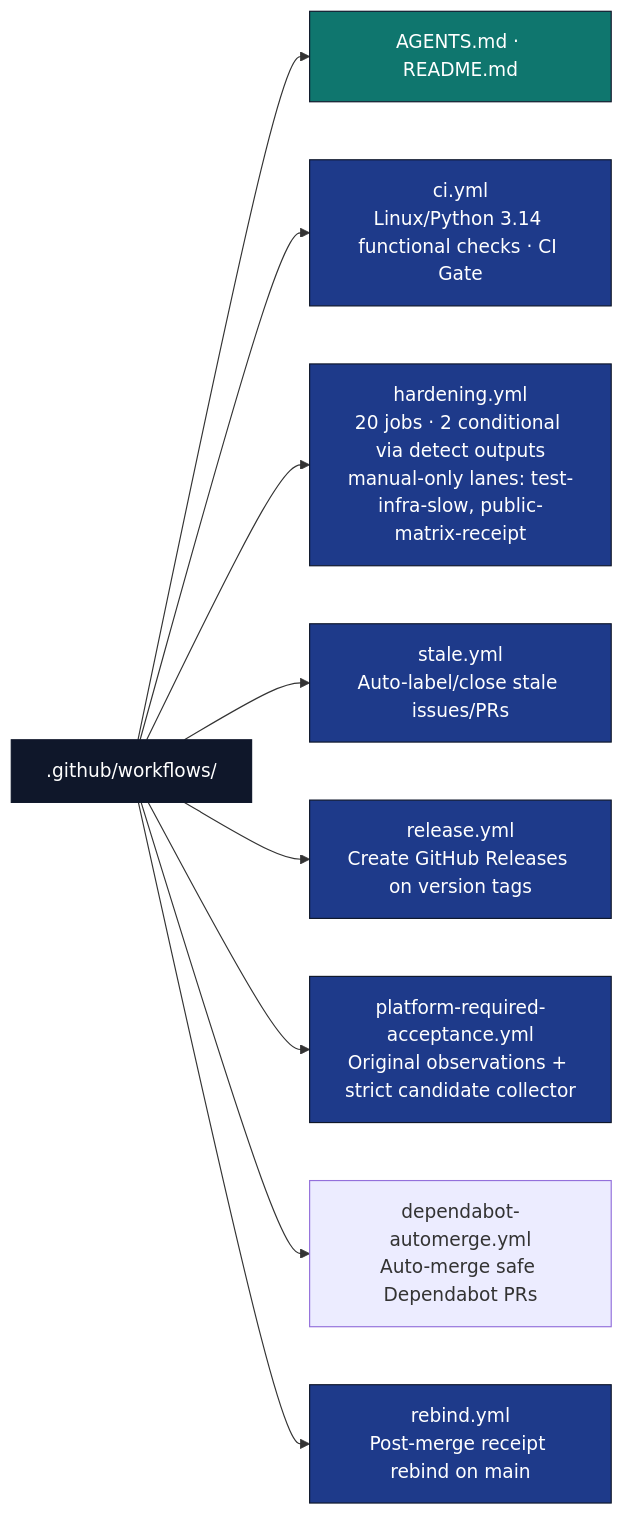
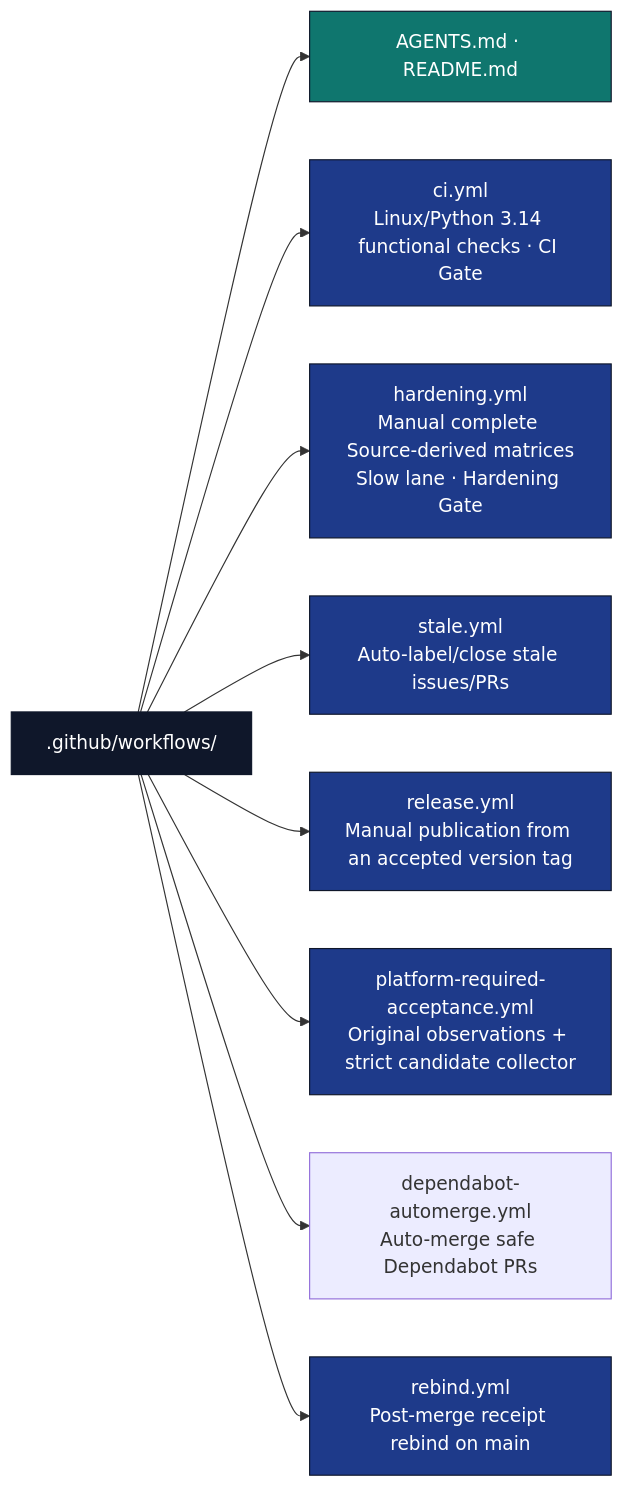
Before and after one commit to docxology/template: the first of 2 diagrams in .github/workflows/AGENTS.md, drawn with Mermaid. The commit also changed other lines of this file and 19 other files, not shown here.

````diff
--- a/.github/workflows/AGENTS.md
+++ b/.github/workflows/AGENTS.md
@@ -48,19 +48,19 @@
 ```mermaid
 flowchart LR
     W[.github/workflows/]
     W --> META[AGENTS.md · README.md]
     W --> FAST[ci.yml<br/>Linux/Python 3.14 functional checks · CI Gate]
-    W --> CI[hardening.yml<br/>20 jobs · 2 conditional via detect outputs<br/>manual-only lanes: test-infra-slow, public-matrix-receipt]
+    W --> CI[hardening.yml<br/>Manual complete Source-derived matrices<br/>Slow lane · Hardening Gate]
     W --> STALE[stale.yml<br/>Auto-label/close stale issues/PRs]
-    W --> REL[release.yml<br/>Create GitHub Releases on version tags]
+    W --> REL[release.yml<br/>Manual publication from an accepted version tag]
     W --> REQUIRED[platform-required-acceptance.yml<br/>Original observations + strict candidate collector]
     W --> DA[dependabot-automerge.yml<br/>Auto-merge safe Dependabot PRs]
     W --> RB[rebind.yml<br/>Post-merge receipt rebind on main]
 
     classDef d fill:#0f172a,stroke:#0f172a,color:#fff
     classDef code fill:#1e3a8a,stroke:#0f172a,color:#fff
     classDef doc fill:#0f766e,stroke:#0f172a,color:#fff
     class W d
     class FAST,CI,STALE,REL,REQUIRED,RB code
     class META doc
 ```
````
